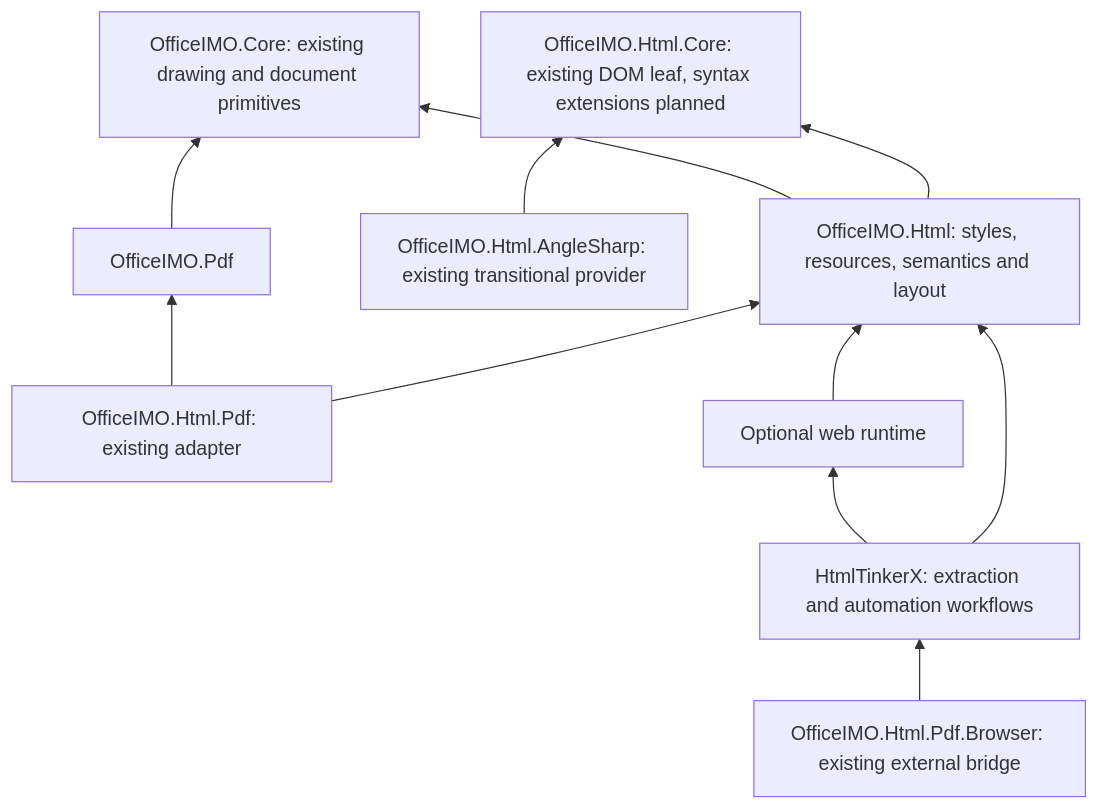
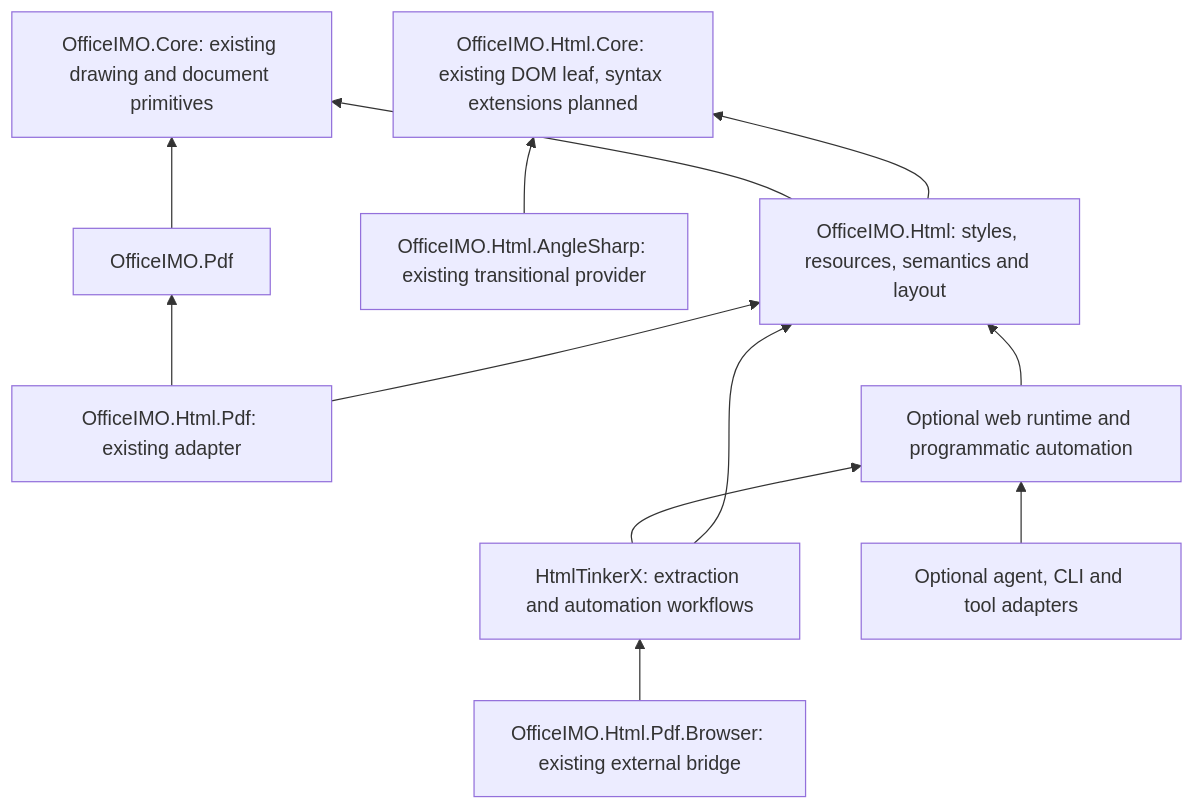
One commit to EvotecIT/OfficeIMO changed the first of 2 diagrams in Docs/officeimo.html-engine-design.md. Above: the diagram before and after it, drawn with Mermaid. The commit also changed other lines of this file and 1 other file, not shown here.

Commit message:
Define programmatic HTML runtime end state

````diff
--- a/Docs/officeimo.html-engine-design.md
+++ b/Docs/officeimo.html-engine-design.md
@@ -70,15 +71,16 @@
 ```mermaid
 flowchart BT
     HC[OfficeIMO.Html.Core: existing DOM leaf, syntax extensions planned]
     OC[OfficeIMO.Core: existing drawing and document primitives]
     H[OfficeIMO.Html: styles, resources, semantics and layout] --> HC
     H --> OC
     A[OfficeIMO.Html.AngleSharp: existing transitional provider] --> HC
     P[OfficeIMO.Html.Pdf: existing adapter] --> H
     P --> PDF[OfficeIMO.Pdf]
     PDF --> OC
     T[HtmlTinkerX: extraction and automation workflows] --> H
-    R[Optional web runtime] --> H
+    R[Optional web runtime and programmatic automation] --> H
+    G[Optional agent, CLI and tool adapters] --> R
     T --> R
     B[OfficeIMO.Html.Pdf.Browser: existing external bridge] --> T
 ```
````
